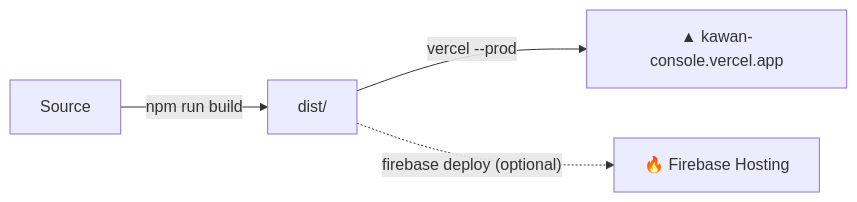
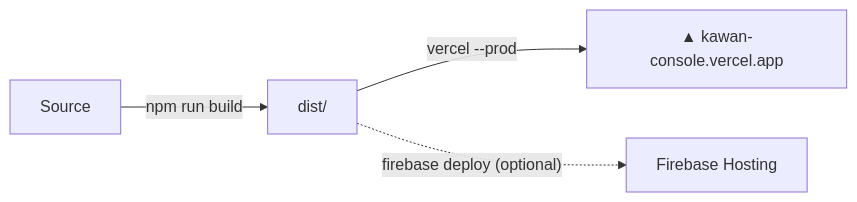
One commit to mahfuzhasanreza/kawan-admin changed the fifth of 5 diagrams in README.md. Above: the diagram before and after it, drawn with Mermaid. The commit also changed other lines of this file and 2 other files, not shown here.

````diff
--- a/README.md
+++ b/README.md
@@ -270,6 +279,6 @@
 ```mermaid
 flowchart LR
     S["Source"] -- "npm run build" --> D["dist/"]
     D -- "vercel --prod" --> V["▲ kawan-console.vercel.app"]
-    D -. "firebase deploy (optional)" .-> F["🔥 Firebase Hosting"]
+    D -. "firebase deploy (optional)" .-> F["Firebase Hosting"]
 ```
````
